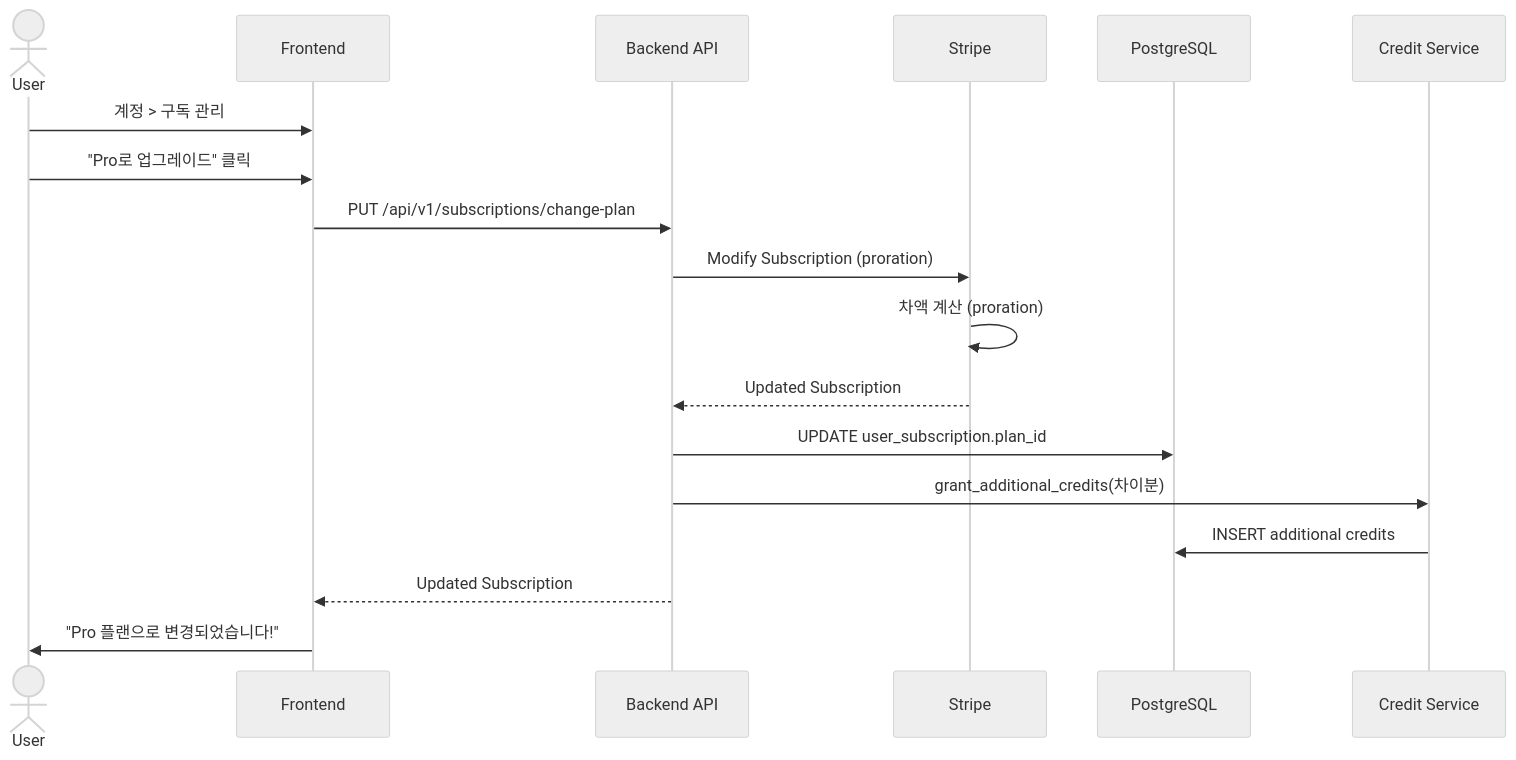
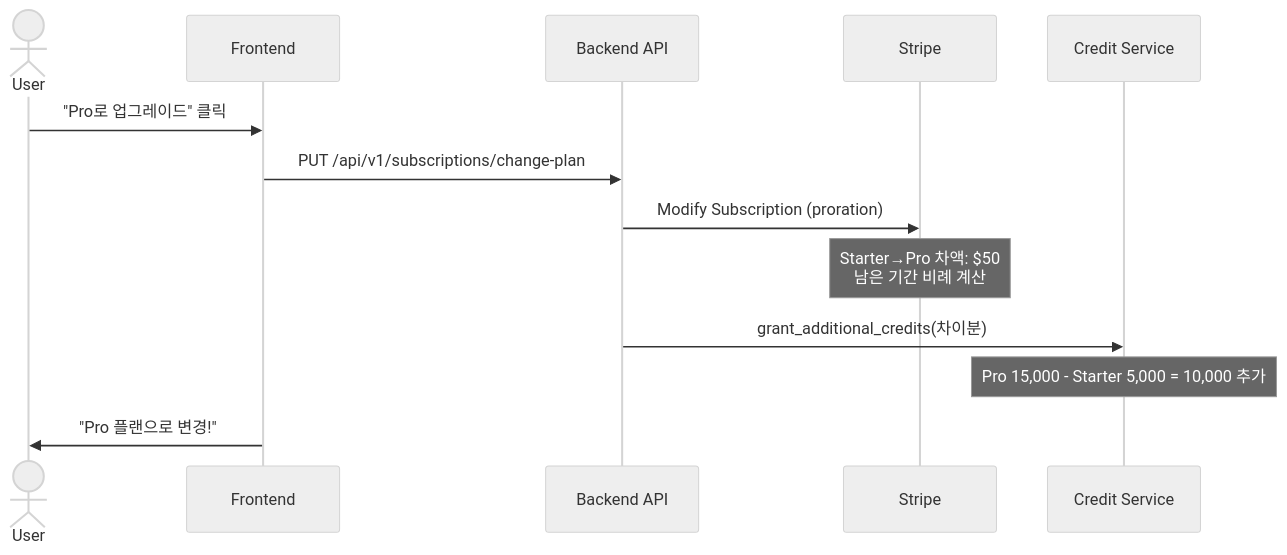
Before and after one commit to Pinksea-AI/InvokeAI: the ninth of 11 diagrams in docs/saas-analysis/05_SUBSCRIPTION_BILLING_SYSTEM.md, drawn with Mermaid (neutral theme). The commit also changed other lines of this file and 6 other files, not shown here.

````diff
--- a/docs/saas-analysis/05_SUBSCRIPTION_BILLING_SYSTEM.md
+++ b/docs/saas-analysis/05_SUBSCRIPTION_BILLING_SYSTEM.md
@@ -756,24 +739,19 @@
 ```mermaid
 sequenceDiagram
     actor User
     participant UI as Frontend
     participant API as Backend API
     participant Stripe as Stripe
-    participant DB as PostgreSQL
     participant Credit as Credit Service
 
-    User->>UI: 계정 > 구독 관리
     User->>UI: "Pro로 업그레이드" 클릭
     UI->>API: PUT /api/v1/subscriptions/change-plan
 
     API->>Stripe: Modify Subscription (proration)
-    Stripe->>Stripe: 차액 계산 (proration)
-    Stripe-->>API: Updated Subscription
+    Note over Stripe: Starter→Pro 차액: $50<br/>남은 기간 비례 계산
 
-    API->>DB: UPDATE user_subscription.plan_id
     API->>Credit: grant_additional_credits(차이분)
-    Credit->>DB: INSERT additional credits
+    Note over Credit: Pro 15,000 - Starter 5,000 = 10,000 추가
 
-    API-->>UI: Updated Subscription
-    UI->>User: "Pro 플랜으로 변경되었습니다!"
+    UI->>User: "Pro 플랜으로 변경!"
 ```
````
